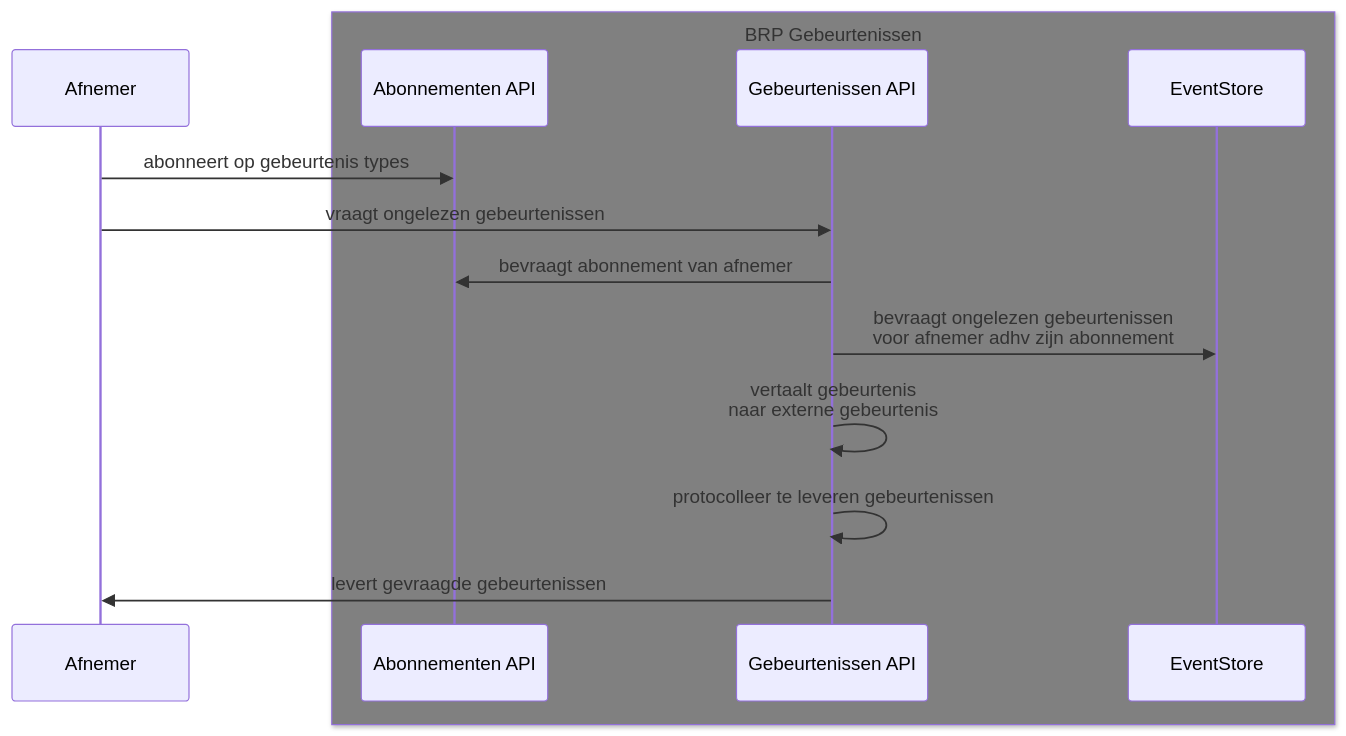
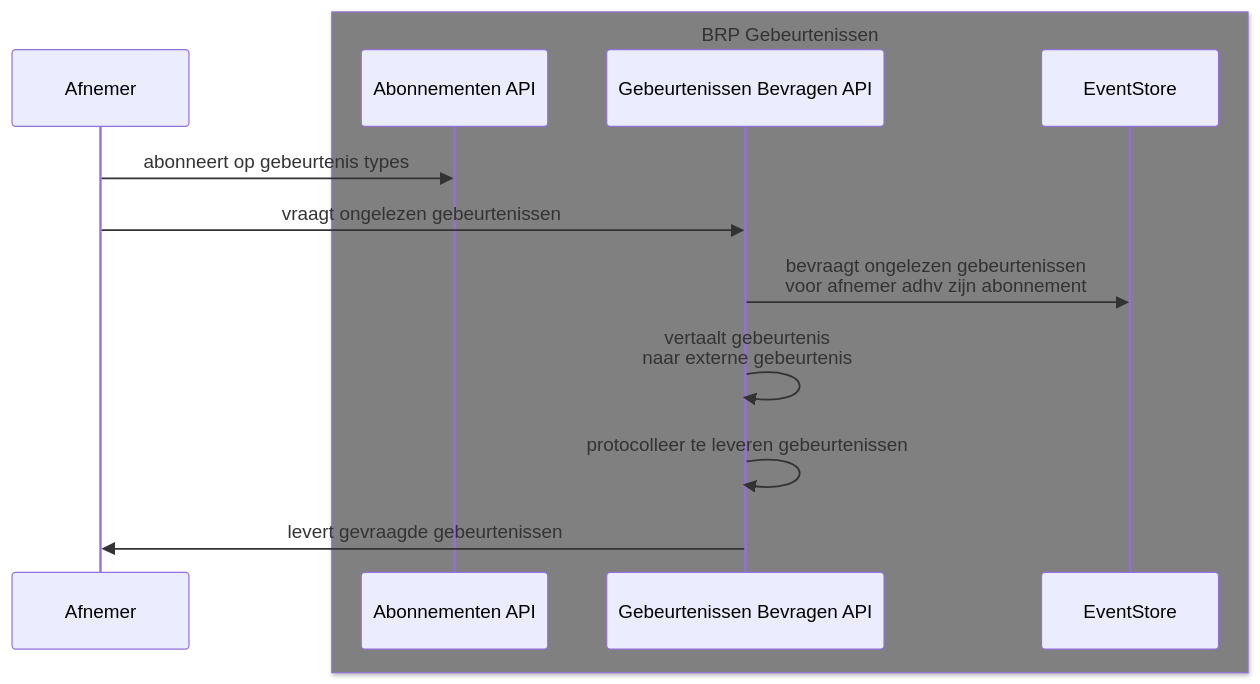
One commit to BRP-API/brp-api-gebeurtenissen changed the second of 2 diagrams in architectuur/sequence-diagram.md. Above: the diagram before and after it, drawn with Mermaid. The commit also changed other lines of this file and 1 other file, not shown here.

````diff
--- a/architectuur/sequence-diagram.md
+++ b/architectuur/sequence-diagram.md
@@ -25,18 +25,17 @@
 ```mermaid
 sequenceDiagram
     participant Afnemer
     box Grey BRP Gebeurtenissen
         participant SubApi as Abonnementen API
-        participant EvtApi as Gebeurtenissen API
+        participant EvtApi as Gebeurtenissen Bevragen API
         participant ES as EventStore
     end
 
     Afnemer->>SubApi: abonneert op gebeurtenis types
 
     Afnemer->>EvtApi: vraagt ongelezen gebeurtenissen
-    EvtApi->>SubApi: bevraagt abonnement van afnemer
     EvtApi->>ES: bevraagt ongelezen gebeurtenissen<br/> voor afnemer adhv zijn abonnement
     EvtApi->>EvtApi: vertaalt gebeurtenis<br/> naar externe gebeurtenis
     EvtApi->>EvtApi: protocolleer te leveren gebeurtenissen
     EvtApi->>Afnemer: levert gevraagde gebeurtenissen
 ```
````
